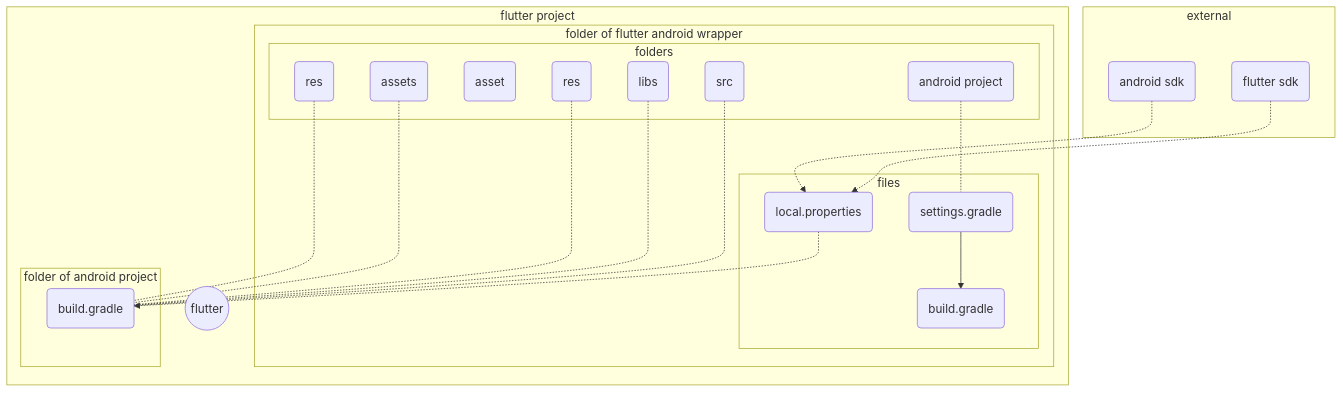
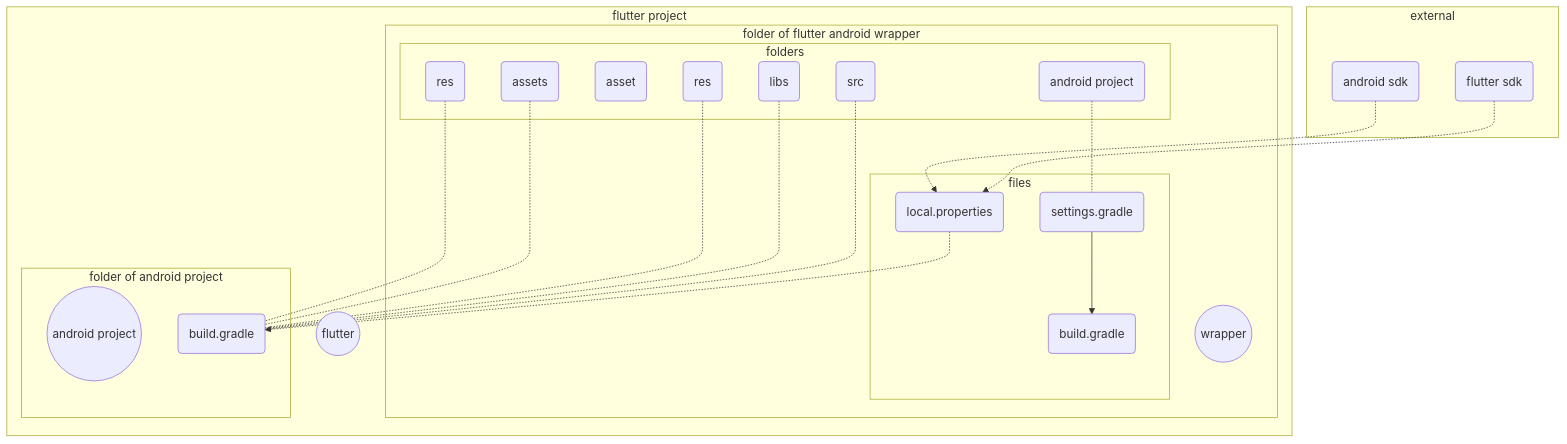
One commit to gordianknotC/nxp_note changed the second of 2 diagrams in flutter/addAndroidProjIntoFlutter.md. Above: the diagram before and after it, drawn with Mermaid. The commit also changed other lines of this file, not shown here.

Commit message:
flutter/addAndroidProjIntoFlutter.md updated from https://stackedit.io/

````diff
--- a/flutter/addAndroidProjIntoFlutter.md
+++ b/flutter/addAndroidProjIntoFlutter.md
@@ -228,46 +228,48 @@
 ```mermaid
 
 graph TB
 	subgraph flutter project
 		F((flutter))
 		subgraph folder of flutter android wrapper
+			W((wrapper))
 			subgraph files
 				WS(settings.gradle) --> WB(build.gradle)
 				WL(local.properties)
 			end
 			
 			subgraph folders
 				WR(res)
 				WP(android project)
 				WT(asset)
 			end
 		end
-		
+	
 		subgraph folder of android project
+			A((android project))
 			AB(build.gradle)
 			 subgraph folders
 				 AR(res) 
 				 AT(assets)
 				 AL(libs)
 				 AC(src)
 			 end
 		end	 
 	end
 
 	
 	WP -.- WS
 	WR -.- AB
 	AT -.- AB
 	AR -.- AB
 	AL -.- AB
 	AC -.- AB
 	WL -.-> AB
 	
 	subgraph external
 		ADK(android sdk)-.->WL
 		FDK(flutter sdk)-.->WL
 	end
 	
 	
 
 ```
````
